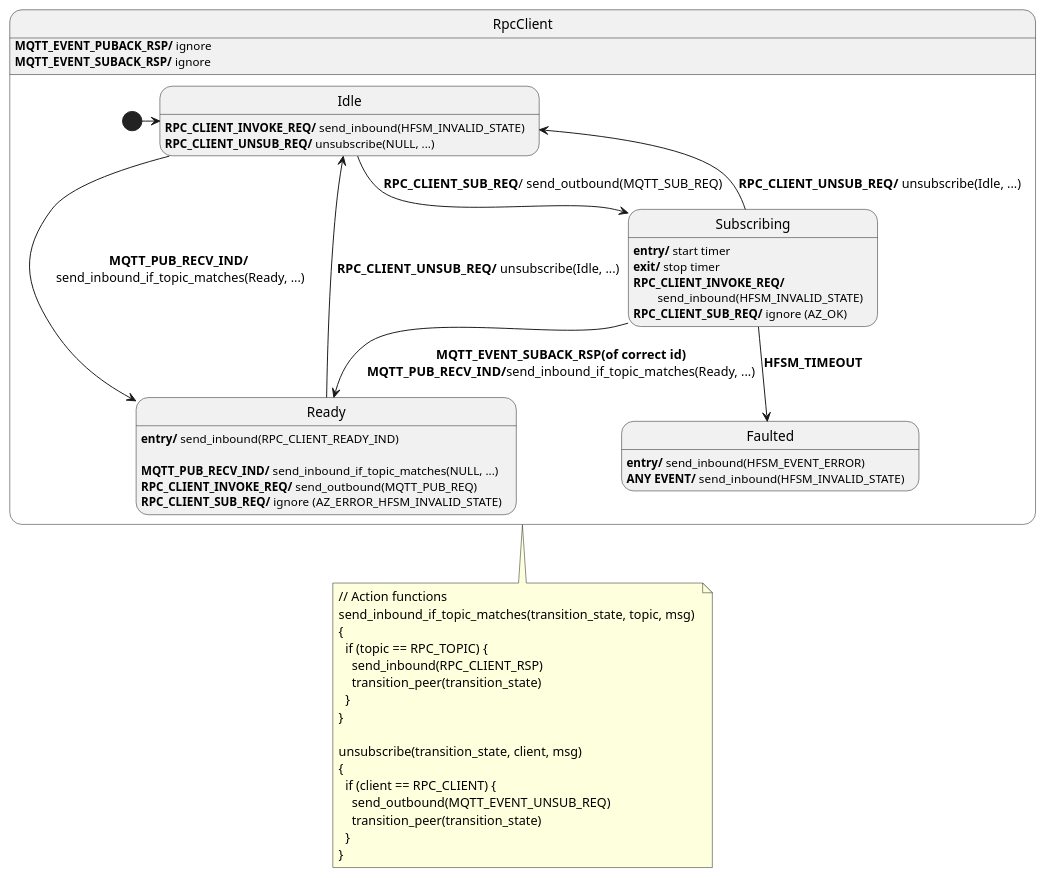
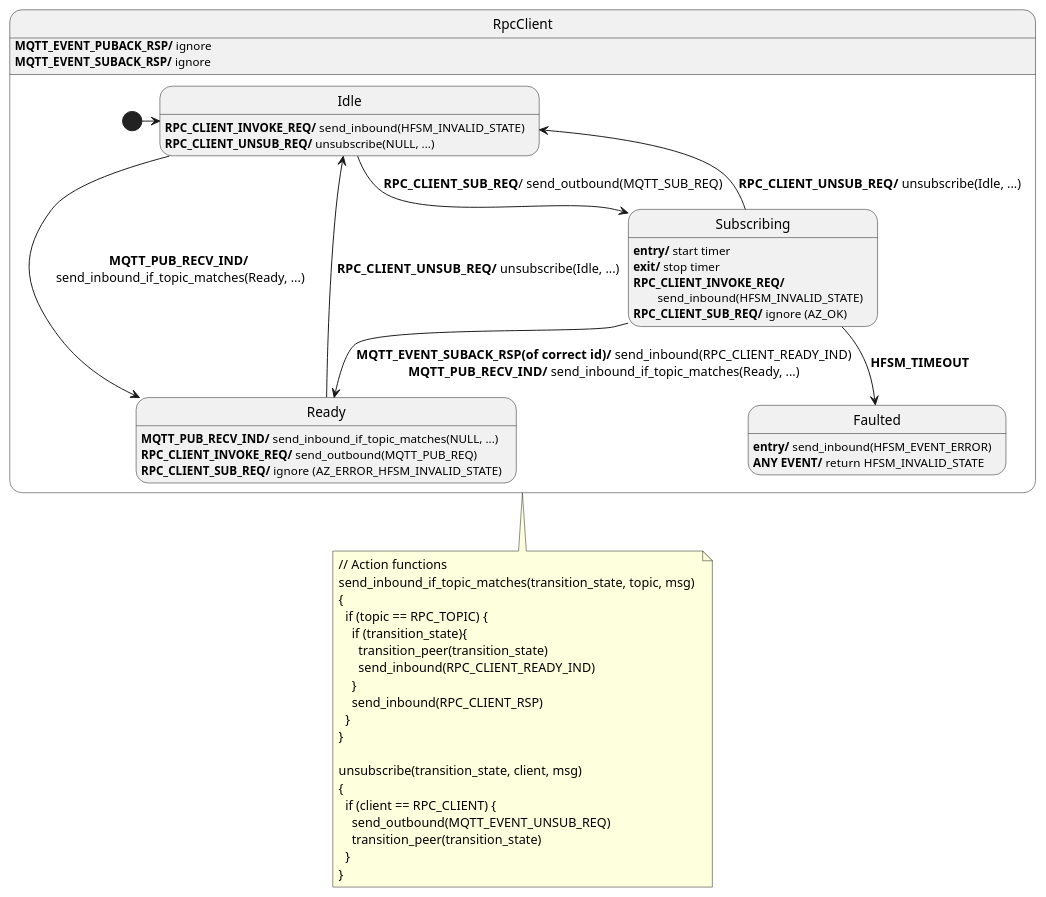
Before and after one commit to Azure/azure-sdk-for-c: the diagram in sdk/docs/core/rpc_client.puml, drawn with PlantUML. The commit also changed 1 other file, not shown here.

Commit message:
move sending inbound event that rpc client can receive commands from entry event on Ready to transitions to Ready

```diff
--- a/sdk/docs/core/rpc_client.puml
+++ b/sdk/docs/core/rpc_client.puml
@@ -1,60 +1,62 @@
 @startuml
 ' ignore these as handled outside of this diagram: MQTT_EVENT_CONNECT_REQ, MQTT_EVENT_CONNECT_RSP, MQTT_EVENT_DISCONNECT_REQ, MQTT_EVENT_DISCONNECT_RSP
 ' Assumptions:
 ' 0. Unknown events are forwarded (in their original direction, either inbound or outbound).
 ' 1. If RPC_CLIENT_READY_IND hasn't already been sent, RPC_CLIENT_SUB_REQ is guaranteed to respond with either RPC_CLIENT_READY_IND, or HFSM_EVENT_ERROR if the subscribe request timed out.
 ' 2. RPC_CLIENT_READY_IND will not be sent more than once unless the client unsubscribes or gets disconnected
 ' 3. RPC_CLIENT_INVOKE_REQ is guaranteed to respond with MQTT_EVENT_PUBACK_RSP if the API call succeeds (?)
 ' 4. send_inbound, send_outbound are used to send information to the app and network respectively.
 
 state RpcClient {
   state Idle
   Idle : <b>RPC_CLIENT_INVOKE_REQ/</b> send_inbound(HFSM_INVALID_STATE)
   Idle : <b>RPC_CLIENT_UNSUB_REQ/</b> unsubscribe(NULL, ...)
 
   state Faulted
   Faulted : <b>entry/</b> send_inbound(HFSM_EVENT_ERROR)
-  Faulted : <b>ANY EVENT/</b> send_inbound(HFSM_INVALID_STATE)
+  Faulted : <b>ANY EVENT/</b> return HFSM_INVALID_STATE
     
   state Subscribing
   Subscribing : <b>entry/</b> start timer
   Subscribing : <b>exit/</b> stop timer
   Subscribing : <b>RPC_CLIENT_INVOKE_REQ/</b>\n\tsend_inbound(HFSM_INVALID_STATE)
   Subscribing : <b>RPC_CLIENT_SUB_REQ/</b> ignore (AZ_OK) 
   
   state Ready
-  Ready : <b>entry/</b> send_inbound(RPC_CLIENT_READY_IND)\n
   Ready : <b>MQTT_PUB_RECV_IND/</b> send_inbound_if_topic_matches(NULL, ...)
   Ready : <b>RPC_CLIENT_INVOKE_REQ/</b> send_outbound(MQTT_PUB_REQ)
   Ready : <b>RPC_CLIENT_SUB_REQ/</b> ignore (AZ_ERROR_HFSM_INVALID_STATE)
 
   [*] -> Idle
   Idle --> Subscribing : <b>RPC_CLIENT_SUB_REQ</b>/ send_outbound(MQTT_SUB_REQ)
   Idle -> Ready : <b>MQTT_PUB_RECV_IND/</b>\n send_inbound_if_topic_matches(Ready, ...)
   Subscribing --> Faulted : <b>HFSM_TIMEOUT</b>
-  Subscribing --> Ready : <b>MQTT_EVENT_SUBACK_RSP(of correct id)</b>\n<b>MQTT_PUB_RECV_IND/</b>send_inbound_if_topic_matches(Ready, ...)
+  Subscribing --> Ready : <b>MQTT_EVENT_SUBACK_RSP(of correct id)/</b> send_inbound(RPC_CLIENT_READY_IND)\n<b>MQTT_PUB_RECV_IND/</b> send_inbound_if_topic_matches(Ready, ...)
   Ready --> Idle : <b>RPC_CLIENT_UNSUB_REQ/</b> unsubscribe(Idle, ...)
   Subscribing --> Idle : <b>RPC_CLIENT_UNSUB_REQ/</b> unsubscribe(Idle, ...)
 
 }
 RpcClient : <b>MQTT_EVENT_PUBACK_RSP/</b> ignore
 RpcClient : <b>MQTT_EVENT_SUBACK_RSP/</b> ignore
 note bottom of RpcClient
   // Action functions
   send_inbound_if_topic_matches(transition_state, topic, msg) 
   {
     if (topic == RPC_TOPIC) {
+      if (transition_state){
+        transition_peer(transition_state)
+        send_inbound(RPC_CLIENT_READY_IND)
+      }
       send_inbound(RPC_CLIENT_RSP)
-      transition_peer(transition_state)
     }
   }
 
   unsubscribe(transition_state, client, msg) 
   {
     if (client == RPC_CLIENT) {
       send_outbound(MQTT_EVENT_UNSUB_REQ)
       transition_peer(transition_state)
     }
   }
 end note
 @enduml
```
